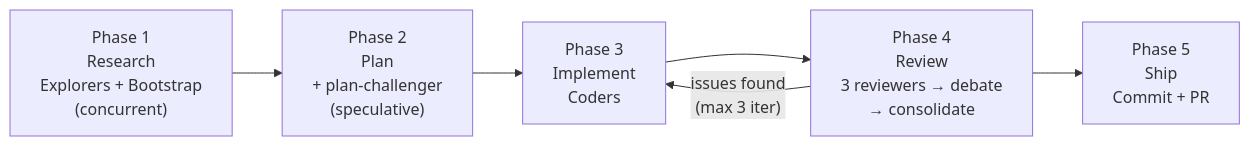
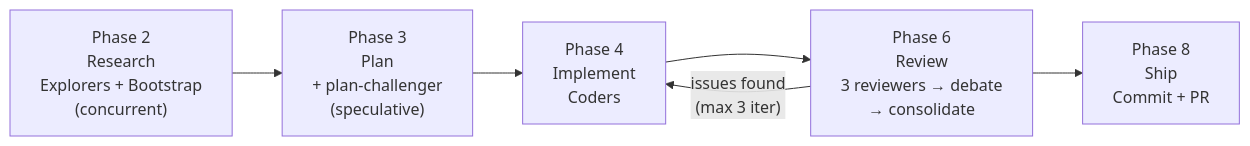
The third of 3 diagrams in README.md (wasikarn/dev-loop), drawn with Mermaid before and after one commit. The commit also changed other lines of this file and 1 other file, not shown here.

Commit message:
docs: update phase numbers in CLAUDE.md and README.md to match new 1-based integer scheme

````diff
--- a/README.md
+++ b/README.md
@@ -318,11 +318,11 @@
 ```mermaid
 flowchart LR
-    R["Phase 1\nResearch\nExplorers + Bootstrap\n(concurrent)"]
-    P["Phase 2\nPlan\n+ plan-challenger\n(speculative)"]
-    I["Phase 3\nImplement\nCoders"]
-    REV["Phase 4\nReview\n3 reviewers → debate\n→ consolidate"]
-    S["Phase 5\nShip\nCommit + PR"]
+    R["Phase 2\nResearch\nExplorers + Bootstrap\n(concurrent)"]
+    P["Phase 3\nPlan\n+ plan-challenger\n(speculative)"]
+    I["Phase 4\nImplement\nCoders"]
+    REV["Phase 6\nReview\n3 reviewers → debate\n→ consolidate"]
+    S["Phase 8\nShip\nCommit + PR"]
 
     R --> P --> I --> REV --> S
     REV -->|"issues found\n(max 3 iter)"| I
 ```
````
